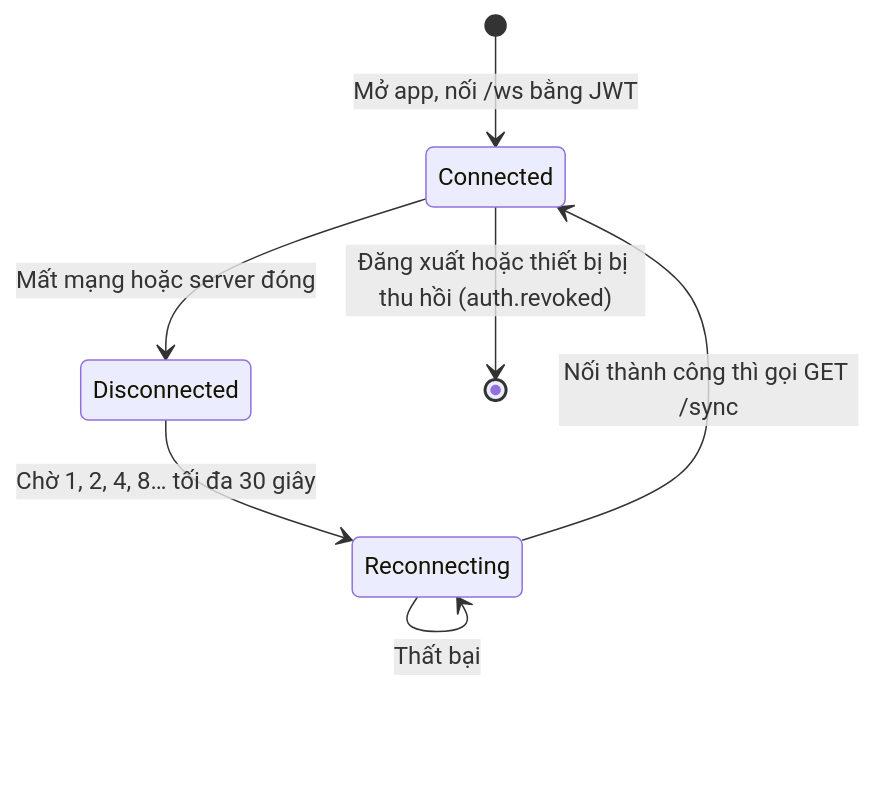
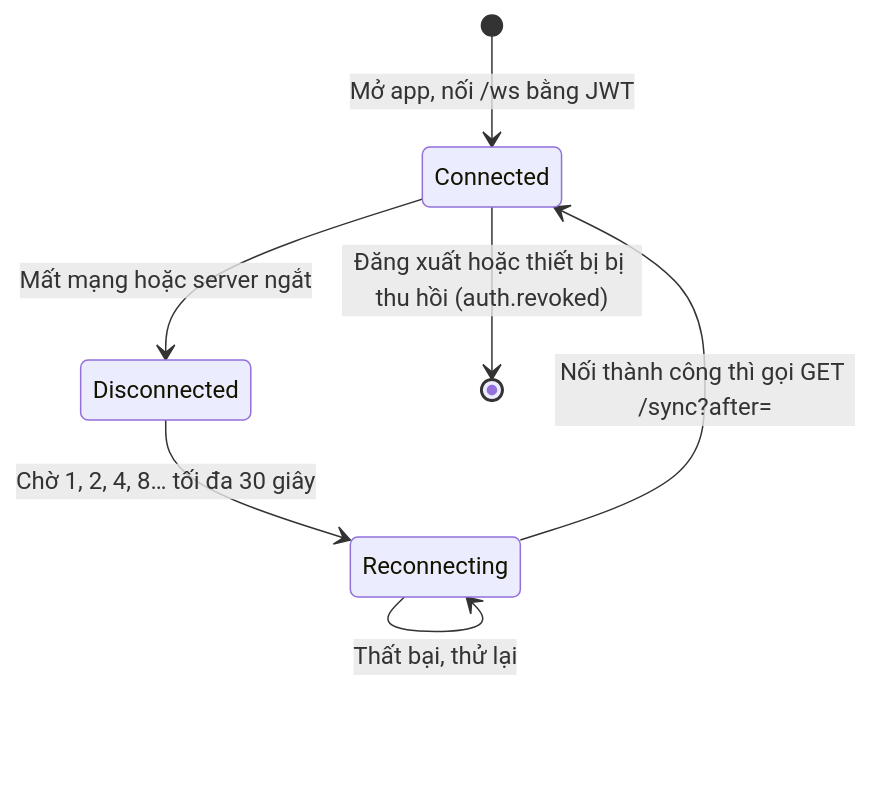
One commit to Project-Mobile-TEAM/Project_Mobile changed the sixth of 10 diagrams in docs/FLOWS.md. Above: the diagram before and after it, drawn with Mermaid. The commit also changed other lines of this file and 8 other files, not shown here.

Commit message:
docs: complete architecture specifications, API contract and deployment security

````diff
--- a/docs/FLOWS.md
+++ b/docs/FLOWS.md
@@ -271,9 +248,9 @@
 ```mermaid
 stateDiagram-v2
     [*] --> Connected: Mở app, nối /ws bằng JWT
-    Connected --> Disconnected: Mất mạng hoặc server đóng
+    Connected --> Disconnected: Mất mạng hoặc server ngắt
     Disconnected --> Reconnecting: Chờ 1, 2, 4, 8… tối đa 30 giây
-    Reconnecting --> Connected: Nối thành công thì gọi GET /sync
-    Reconnecting --> Reconnecting: Thất bại
+    Reconnecting --> Connected: Nối thành công thì gọi GET /sync?after=<lastSyncEventId>
+    Reconnecting --> Reconnecting: Thất bại, thử lại
     Connected --> [*]: Đăng xuất hoặc thiết bị bị thu hồi (auth.revoked)
 ```
````
